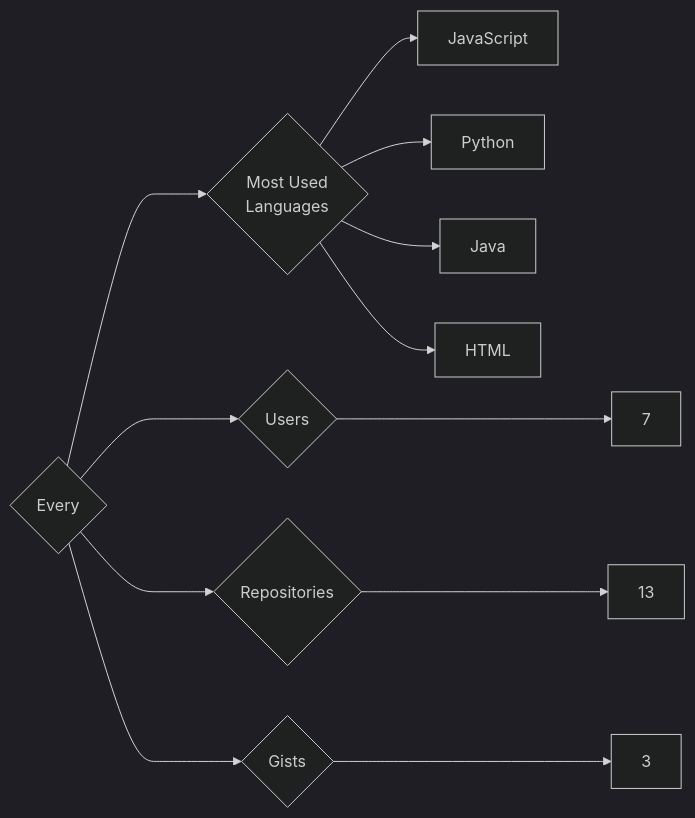
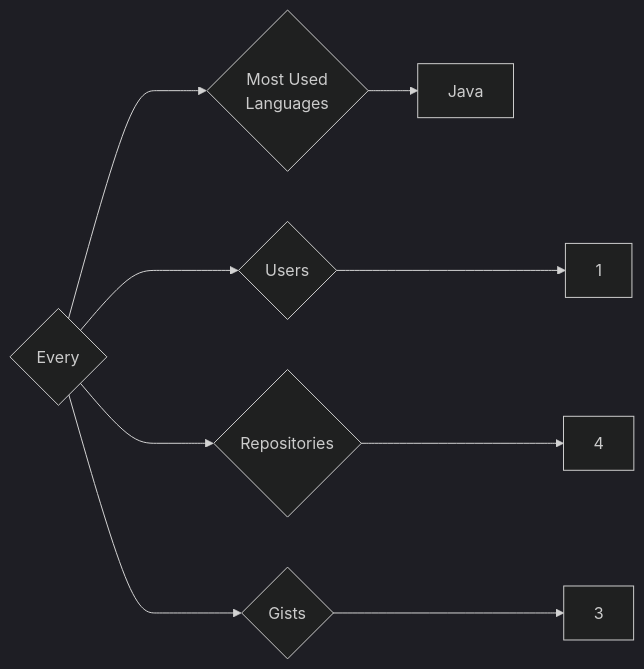
The diagram in targets/Every/README.md (trickest/insiders), drawn with Mermaid (dark theme) before and after one commit. The commit also changed 782 other files, not shown here.

````diff
--- a/targets/Every/README.md
+++ b/targets/Every/README.md
@@ -3,12 +3,9 @@
 ```mermaid
 graph LR
 COMPANY_NAME{Every}
-COMPANY_NAME ---> U{Users} ---> UN[7]
-COMPANY_NAME ---> R{Repositories} ---> RN[13]
+COMPANY_NAME ---> U{Users} ---> UN[1]
+COMPANY_NAME ---> R{Repositories} ---> RN[4]
 COMPANY_NAME ---> G{Gists} ---> GN[3]
 COMPANY_NAME ---> ML{Most Used<br>Languages}
-ML --> JavaScript[JavaScript]
-ML --> Python[Python]
 ML --> Java[Java]
-ML --> HTML[HTML]
 ```
````
